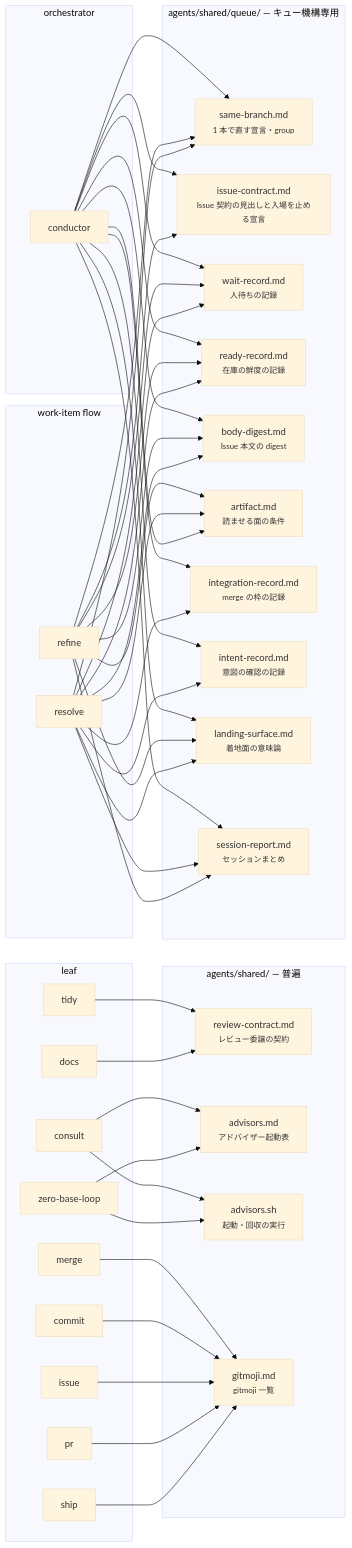
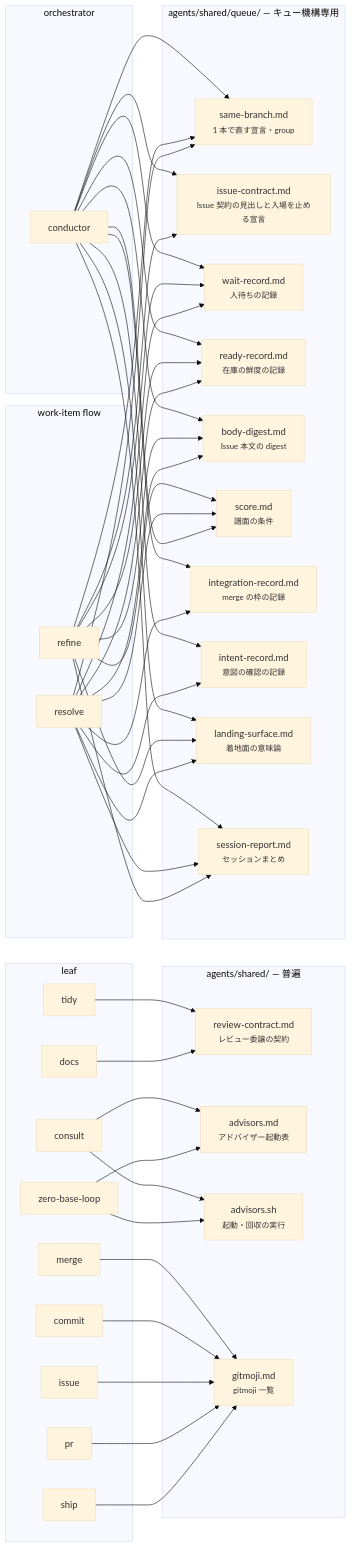
Before and after one commit to usagizmo/agentfiles: the second of 2 diagrams in agents/docs/structure.md, drawn with Mermaid (base theme). The commit also changed 26 other files, not shown here.

````diff
--- a/agents/docs/structure.md
+++ b/agents/docs/structure.md
@@ -73,78 +73,78 @@
 ```mermaid
 flowchart LR
     subgraph orch["orchestrator"]
         CO[conductor]
     end
     subgraph flow["work-item flow"]
         RF[refine]
         RS[resolve]
     end
     subgraph leaf["leaf"]
         CS[consult]
         ZB[zero-base-loop]
         TD[tidy]
         DC[docs]
         CM[commit]
         IS[issue]
         ME[merge]
         PR[pr]
         SH[ship]
     end
     subgraph shared["agents/shared/ — 普遍"]
         RC["review-contract.md<br/><small>レビュー委譲の契約</small>"]
         AD["advisors.md<br/><small>アドバイザー起動表</small>"]
         AS["advisors.sh<br/><small>起動・回収の実行</small>"]
         GM["gitmoji.md<br/><small>gitmoji 一覧</small>"]
     end
     subgraph sharedq["agents/shared/queue/ — キュー機構専用"]
         SB["same-branch.md<br/><small>1 本で直す宣言・group</small>"]
         IC["issue-contract.md<br/><small>Issue 契約の見出しと入場を止める宣言</small>"]
         WR["wait-record.md<br/><small>人待ちの記録</small>"]
         RR["ready-record.md<br/><small>在庫の鮮度の記録</small>"]
         BD["body-digest.md<br/><small>Issue 本文の digest</small>"]
-        AF["artifact.md<br/><small>読ませる面の条件</small>"]
+        AF["score.md<br/><small>譜面の条件</small>"]
         IR["integration-record.md<br/><small>merge の枠の記録</small>"]
         IT["intent-record.md<br/><small>意図の確認の記録</small>"]
         LS["landing-surface.md<br/><small>着地面の意味論</small>"]
         SR["session-report.md<br/><small>セッションまとめ</small>"]
     end
 
     RF --> AF
     RS --> AF
     CO --> AF
     CO --> SB
     CO --> IC
     RF --> IC
     CO --> WR
     CO --> RR
     CO --> BD
     RF --> SB
     RF --> WR
     RF --> RR
     RS --> RR
     ME --> GM
     RF --> BD
     RS --> SB
     RS --> WR
     RS --> BD
     CO --> IR
     RS --> IR
     CO --> IT
     RS --> IT
     CO --> LS
     RF --> LS
     RS --> LS
     CO --> SR
     RS --> SR
     RF --> SR
     CS --> AD
     CS --> AS
     ZB --> AD
     ZB --> AS
     TD --> RC
     DC --> RC
     CM --> GM
     IS --> GM
     PR --> GM
     SH --> GM
 ```
````
